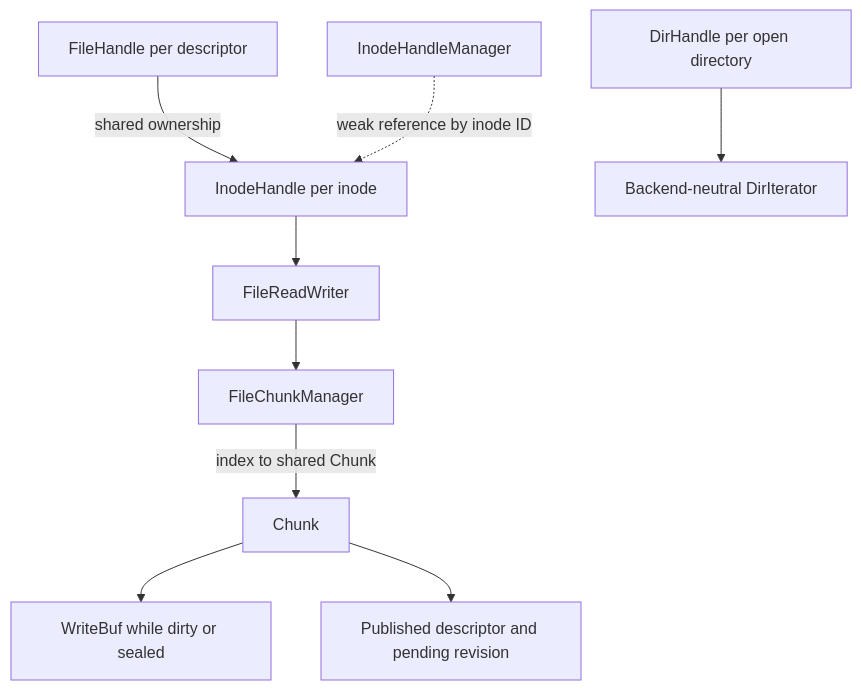
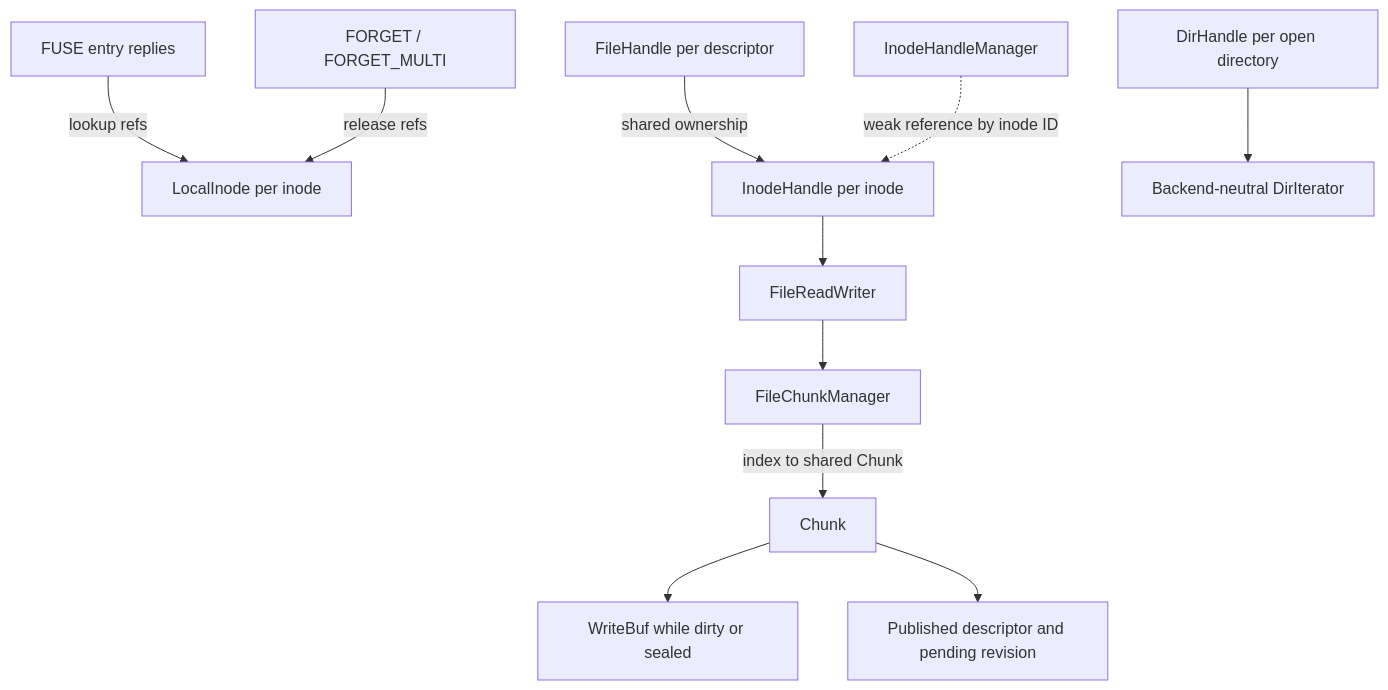
One commit to SwordInfra/SwordFS changed the second of 2 diagrams in docs/design/data-structures.md. Above: the diagram before and after it, drawn with Mermaid. The commit also changed other lines of this file and 11 other files, not shown here.

Commit message:
fix(vfs): preserve FUSE inode lookup lifetime (#263) (#267)

````diff
--- a/docs/design/data-structures.md
+++ b/docs/design/data-structures.md
@@ -52,11 +52,13 @@
 ```mermaid
 flowchart TD
+    E[FUSE entry replies] -->|lookup refs| L[LocalInode per inode]
+    G[FORGET / FORGET_MULTI] -->|release refs| L
     F[FileHandle per descriptor] -->|shared ownership| I[InodeHandle per inode]
     M[InodeHandleManager] -.->|weak reference by inode ID| I
     I --> R[FileReadWriter]
     R --> C[FileChunkManager]
     C -->|index to shared Chunk| K[Chunk]
     K --> W[WriteBuf while dirty or sealed]
     K --> P[Published descriptor and pending revision]
     D[DirHandle per open directory] --> T[Backend-neutral DirIterator]
 ```
````
